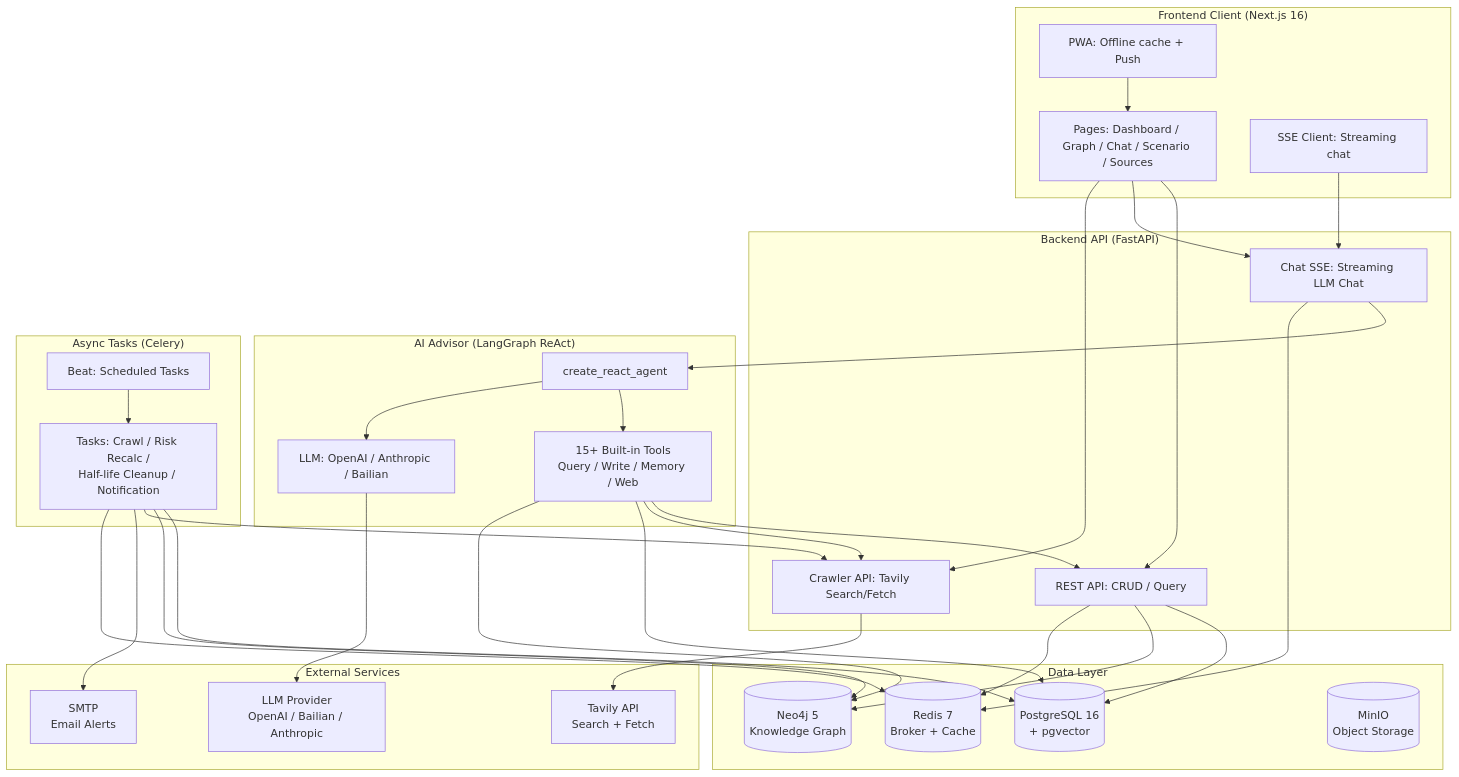
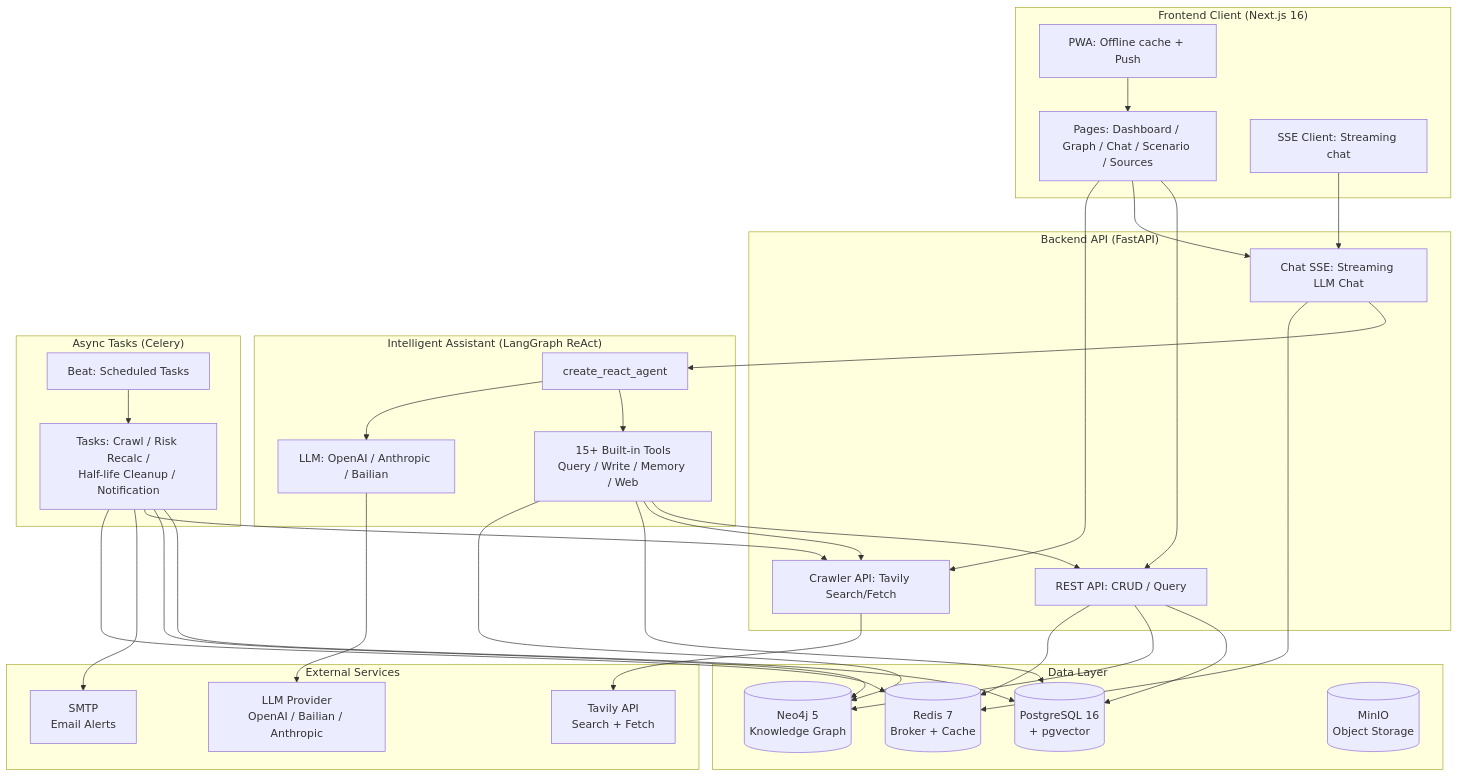
One commit to CaryK753/LifeTree changed the first of 2 diagrams in README.en.md. Above: the diagram before and after it, drawn with Mermaid. The commit also changed other lines of this file and 106 other files, not shown here.

````diff
--- a/README.en.md
+++ b/README.en.md
@@ -84,67 +84,67 @@
 ```mermaid
 graph TB
     subgraph Client["Frontend Client (Next.js 16)"]
         UI[Pages: Dashboard / Graph / Chat / Scenario / Sources]
         PWA[PWA: Offline cache + Push]
         SSE_C[SSE Client: Streaming chat]
     end
 
     subgraph API["Backend API (FastAPI)"]
         REST[REST API: CRUD / Query]
         CHAT[Chat SSE: Streaming LLM Chat]
         CRAWLER[Crawler API: Tavily Search/Fetch]
     end
 
-    subgraph Agent["AI Advisor (LangGraph ReAct)"]
+    subgraph Agent["Intelligent Assistant (LangGraph ReAct)"]
         GRAPH[create_react_agent]
         TOOLS[15+ Built-in Tools<br/>Query / Write / Memory / Web]
         LLM[LLM: OpenAI / Anthropic / Bailian]
     end
 
     subgraph Worker["Async Tasks (Celery)"]
         BEAT[Beat: Scheduled Tasks]
         TASKS[Tasks: Crawl / Risk Recalc /<br/>Half-life Cleanup / Notification]
     end
 
     subgraph Storage["Data Layer"]
         PG[(PostgreSQL 16<br/>+ pgvector)]
         NEO[(Neo4j 5<br/>Knowledge Graph)]
         REDIS[(Redis 7<br/>Broker + Cache)]
         MINIO[(MinIO<br/>Object Storage)]
     end
 
     subgraph External["External Services"]
         TAVILY[Tavily API<br/>Search + Fetch]
         SMTP[SMTP<br/>Email Alerts]
         LLM_API[LLM Provider<br/>OpenAI / Bailian / Anthropic]
     end
 
     UI --> REST
     UI --> CHAT
     UI --> CRAWLER
     PWA --> UI
     SSE_C --> CHAT
 
     CHAT --> GRAPH
     GRAPH --> TOOLS
     GRAPH --> LLM
     LLM --> LLM_API
     TOOLS --> REST
     TOOLS --> CRAWLER
     CRAWLER --> TAVILY
 
     REST --> PG
     REST --> NEO
     TOOLS --> PG
     TOOLS --> NEO
 
     BEAT --> TASKS
     TASKS --> PG
     TASKS --> NEO
     TASKS --> CRAWLER
     TASKS --> SMTP
     TASKS --> REDIS
 
     CHAT --> REDIS
     REST --> REDIS
 ```
````
